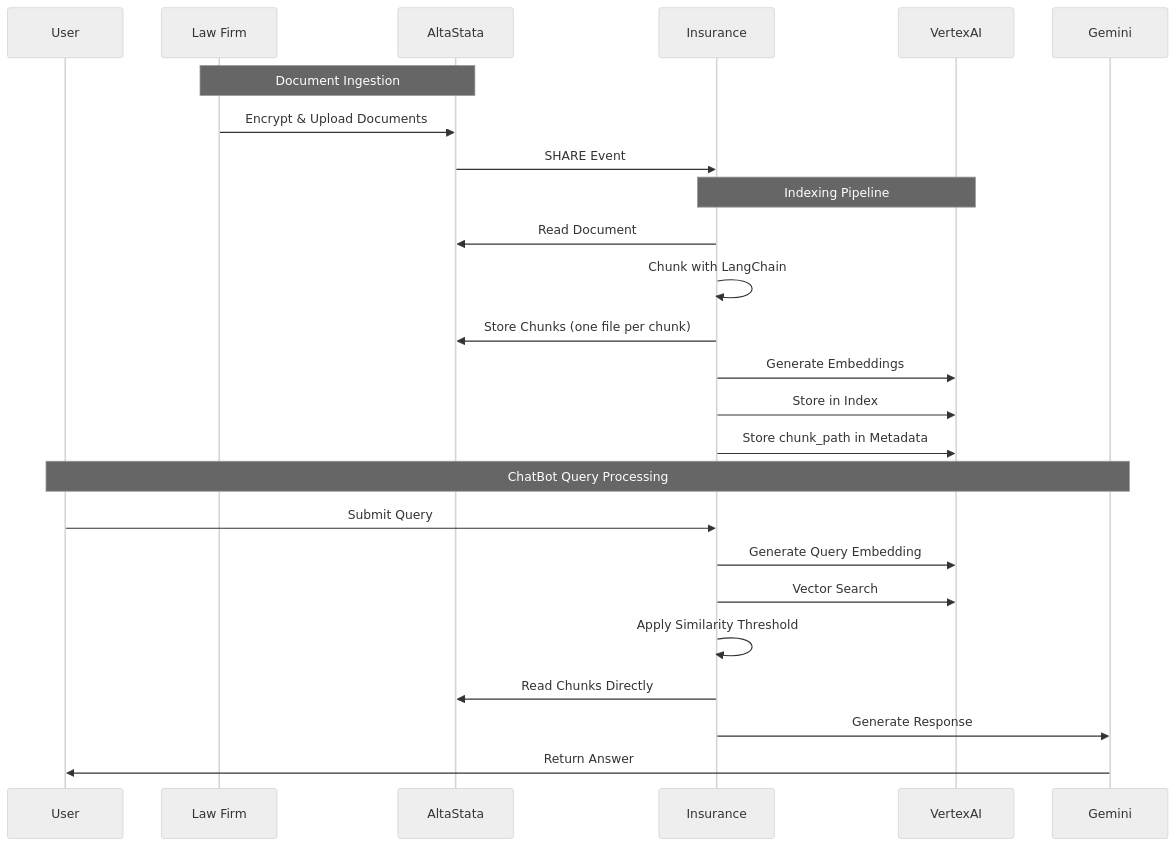
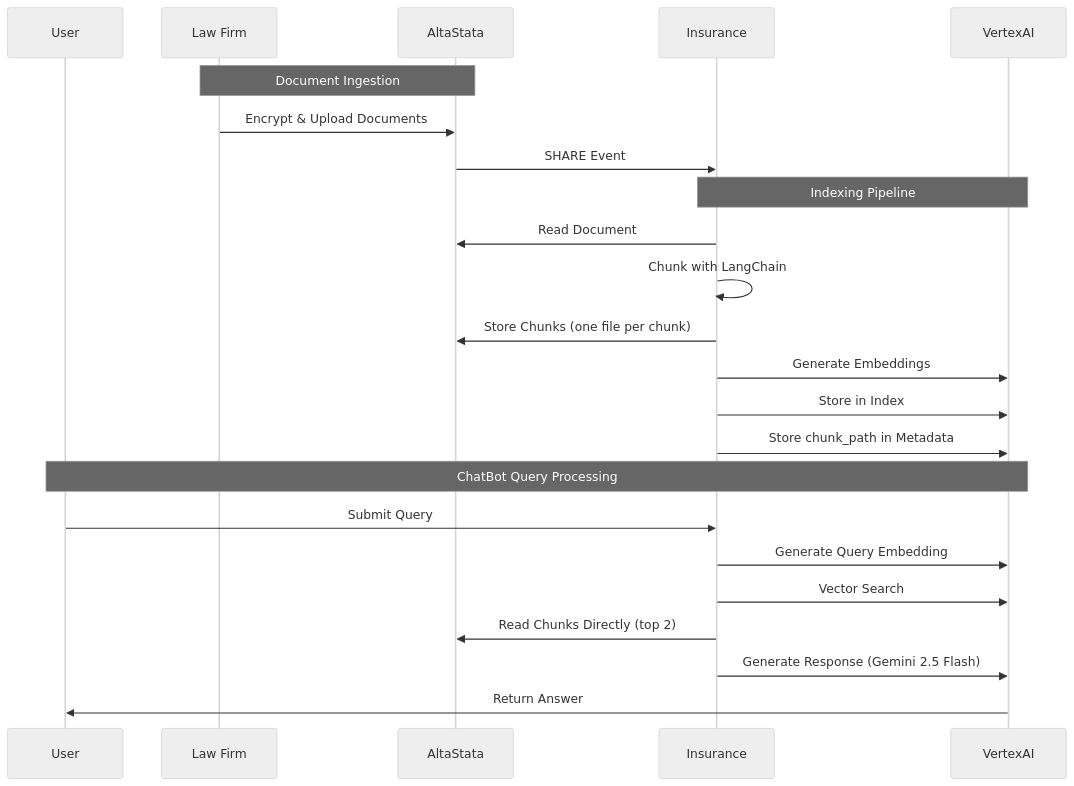
The second of 2 diagrams in rag-example/rag_architecture_diagram.md (SergeVil/altastata-python-package), drawn with Mermaid (neutral theme) before and after one commit. The commit also changed other lines of this file and 2 other files, not shown here.

First line of the commit message:
Simplify query logic and fix architecture diagrams

````diff
--- a/rag-example/rag_architecture_diagram.md
+++ b/rag-example/rag_architecture_diagram.md
@@ -89,30 +89,28 @@
 ```mermaid
 sequenceDiagram
     participant User
     participant Law Firm
     participant AltaStata
     participant Insurance
     participant VertexAI
-    participant Gemini
     
     Note over Law Firm,AltaStata: Document Ingestion
     Law Firm->>AltaStata: Encrypt & Upload Documents
     AltaStata->>Insurance: SHARE Event
     
     Note over Insurance,VertexAI: Indexing Pipeline
     Insurance->>AltaStata: Read Document
     Insurance->>Insurance: Chunk with LangChain
     Insurance->>AltaStata: Store Chunks (one file per chunk)
     Insurance->>VertexAI: Generate Embeddings
     Insurance->>VertexAI: Store in Index
     Insurance->>VertexAI: Store chunk_path in Metadata
     
-    Note over User,Gemini: ChatBot Query Processing
+    Note over User,VertexAI: ChatBot Query Processing
     User->>Insurance: Submit Query
     Insurance->>VertexAI: Generate Query Embedding
     Insurance->>VertexAI: Vector Search
-    Insurance->>Insurance: Apply Similarity Threshold
-    Insurance->>AltaStata: Read Chunks Directly
-    Insurance->>Gemini: Generate Response
-    Gemini->>User: Return Answer
+    Insurance->>AltaStata: Read Chunks Directly (top 2)
+    Insurance->>VertexAI: Generate Response (Gemini 2.5 Flash)
+    VertexAI->>User: Return Answer
 ```
````
